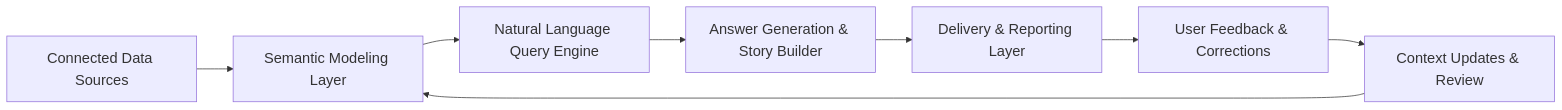
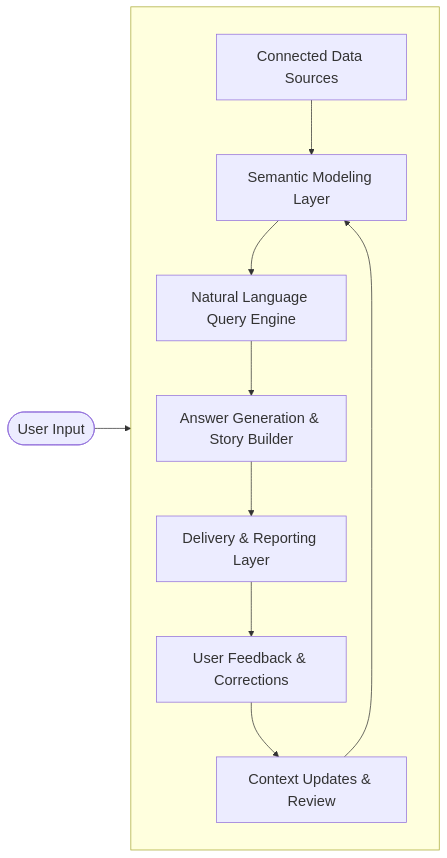
Before and after one commit to soham-wisdom/docs: the diagram in getting-started/how-wisdom-ai-works.mdx, drawn with Mermaid.

Commit message:
Documentation edits made through Mintlify web editor

````diff
--- a/getting-started/how-wisdom-ai-works.mdx
+++ b/getting-started/how-wisdom-ai-works.mdx
@@ -63,11 +63,16 @@
 ```mermaid
 %%{ init: { 'themeVariables': { 'fontSize': '20px' } } }%%
-graph LR
+flowchart LR
+  subgraph Data_Pipeline [ ]
+    direction TB
     A[Connected Data Sources] --> B[Semantic Modeling Layer]
     B --> C[Natural Language Query Engine]
     C --> D[Answer Generation & Story Builder]
     D --> E[Delivery & Reporting Layer]
     E --> F[User Feedback & Corrections]
     F --> G[Context Updates & Review]
     G --> B
+  end
+
+  UserInput([User Input]) --> A
 ```
````
